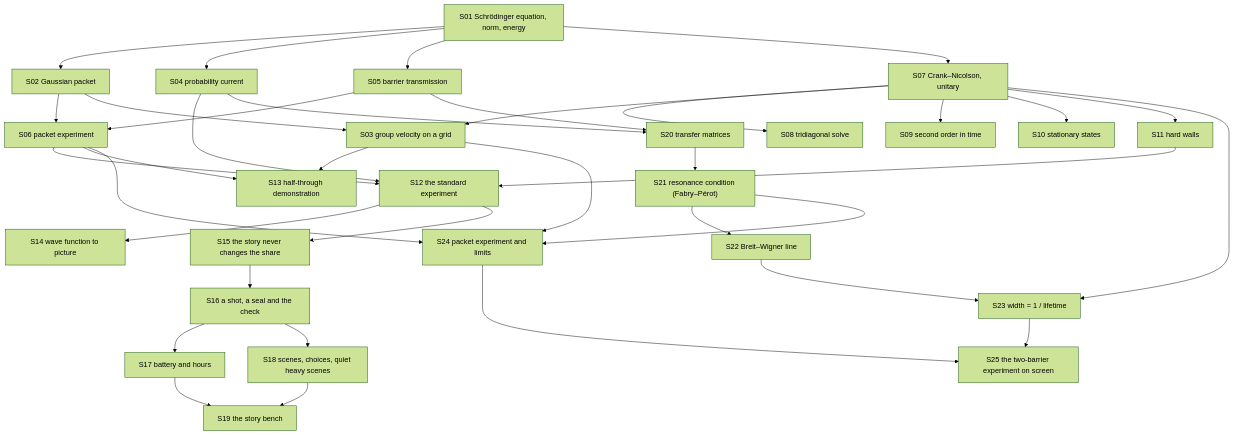
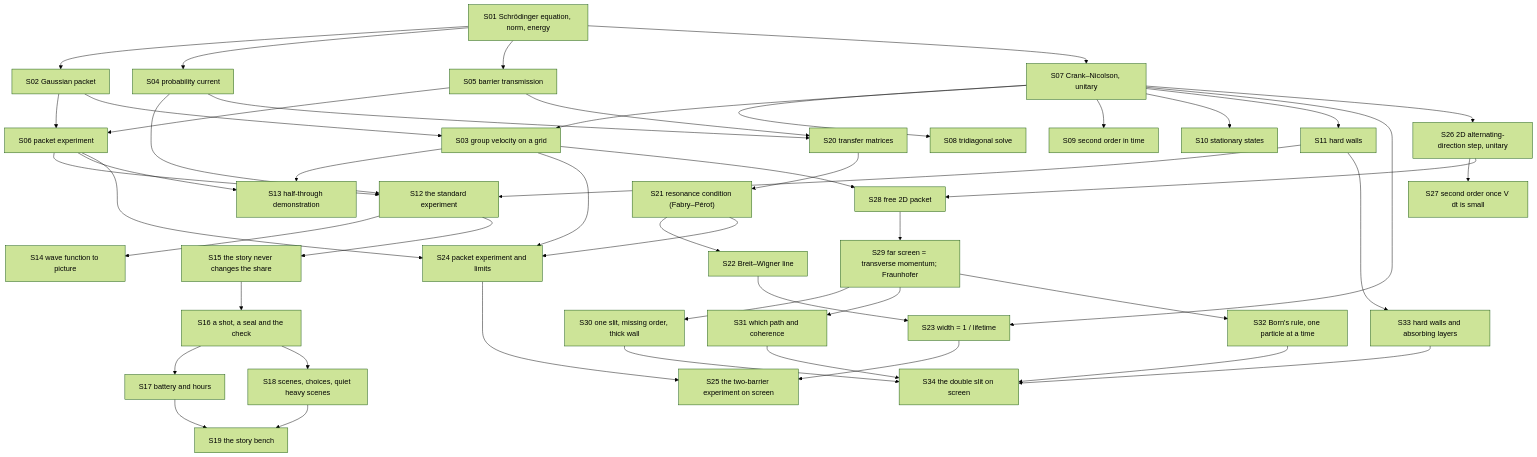
The diagram in docs/theory/README.md (TM-59/quantum-wave-hopper), drawn with Mermaid (forest theme) before and after one commit. The commit also changed other lines of this file and 55 other files, not shown here.

First line of the commit message:
M3: 2D double slit — alternating-direction Crank-Nicolson, Fraunhofer, which path, Born's rule (#17)

````diff
--- a/docs/theory/README.md
+++ b/docs/theory/README.md
@@ -19,38 +20,51 @@
 ```mermaid
 flowchart TD
     S01["S01 Schrödinger equation, norm, energy"] --> S02["S02 Gaussian packet"]
     S01 --> S04["S04 probability current"]
     S01 --> S05["S05 barrier transmission"]
     S02 --> S06["S06 packet experiment"]
     S05 --> S06
     S01 --> S07["S07 Crank–Nicolson, unitary"]
     S07 --> S08["S08 tridiagonal solve"]
     S07 --> S03["S03 group velocity on a grid"]
     S02 --> S03
     S07 --> S09["S09 second order in time"]
     S07 --> S10["S10 stationary states"]
     S07 --> S11["S11 hard walls"]
     S04 --> S12["S12 the standard experiment"]
     S06 --> S12
     S11 --> S12
     S06 --> S13["S13 half-through demonstration"]
     S03 --> S13
     S12 --> S14["S14 wave function to picture"]
     S12 --> S15["S15 the story never changes the share"]
     S15 --> S16["S16 a shot, a seal and the check"]
     S16 --> S17["S17 battery and hours"]
     S16 --> S18["S18 scenes, choices, quiet heavy scenes"]
     S17 --> S19["S19 the story bench"]
     S18 --> S19
     S05 --> S20["S20 transfer matrices"]
     S04 --> S20
     S20 --> S21["S21 resonance condition (Fabry–Pérot)"]
     S21 --> S22["S22 Breit–Wigner line"]
     S22 --> S23["S23 width = 1 / lifetime"]
     S07 --> S23
     S06 --> S24["S24 packet experiment and limits"]
     S21 --> S24
     S03 --> S24
     S23 --> S25["S25 the two-barrier experiment on screen"]
     S24 --> S25
+    S07 --> S26["S26 2D alternating-direction step, unitary"]
+    S26 --> S27["S27 second order once V dt is small"]
+    S26 --> S28["S28 free 2D packet"]
+    S03 --> S28
+    S28 --> S29["S29 far screen = transverse momentum; Fraunhofer"]
+    S29 --> S30["S30 one slit, missing order, thick wall"]
+    S29 --> S31["S31 which path and coherence"]
+    S29 --> S32["S32 Born's rule, one particle at a time"]
+    S11 --> S33["S33 hard walls and absorbing layers"]
+    S30 --> S34["S34 the double slit on screen"]
+    S31 --> S34
+    S32 --> S34
+    S33 --> S34
 ```
````
